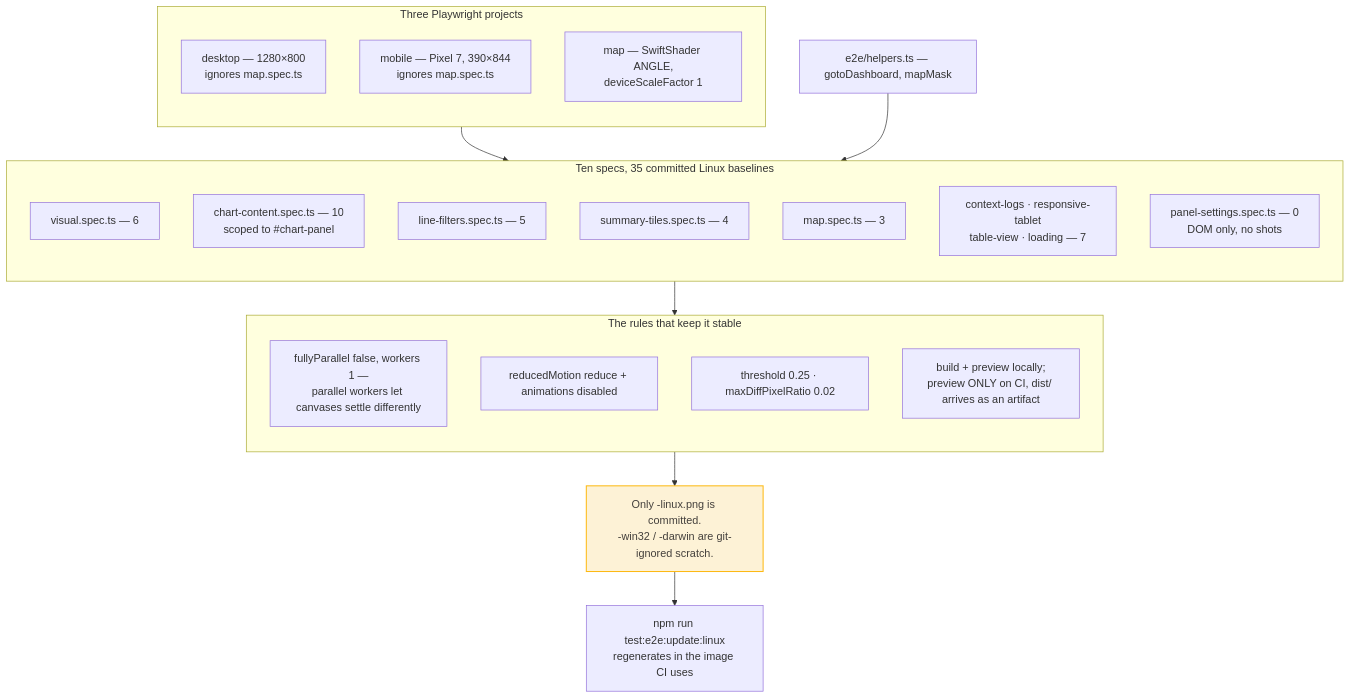
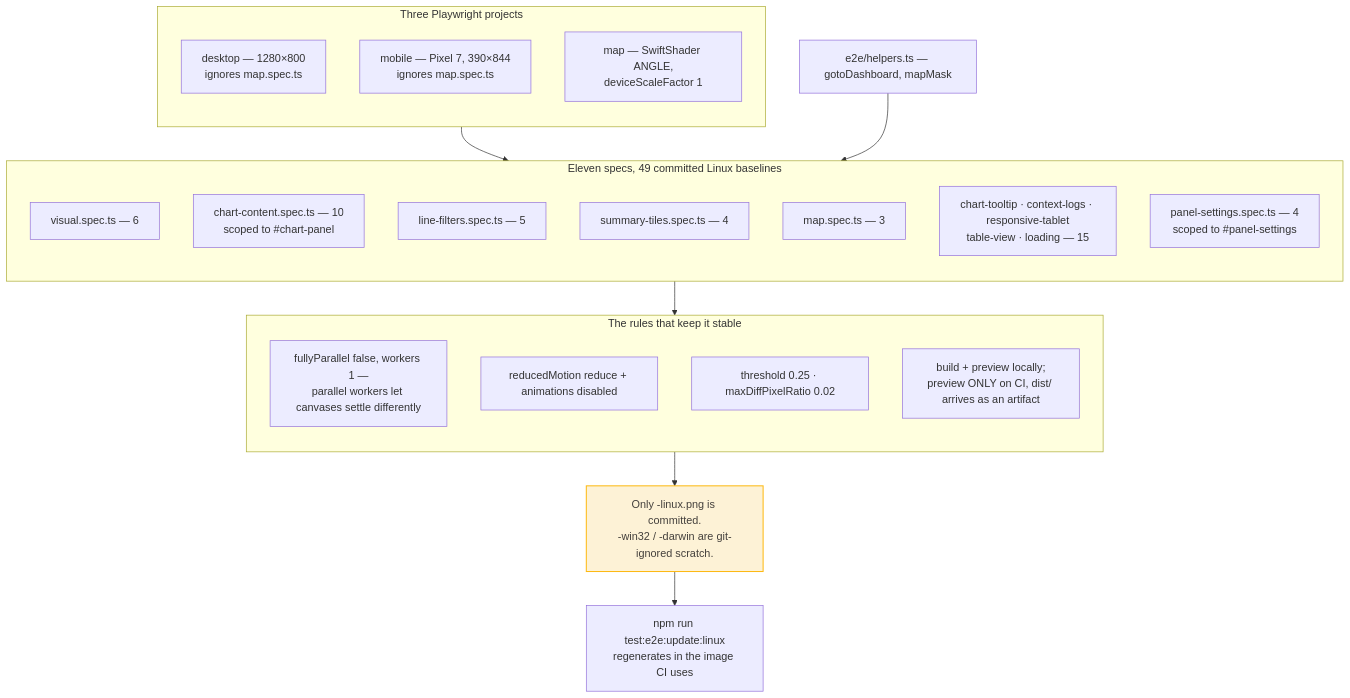
One commit to streetsforall/metro_ridership_app changed the diagram in docs/architecture/mermaid/18-test-visual-regression.mmd. Above: the diagram before and after it, drawn with Mermaid. The commit also changed 9 other files, not shown here.

First line of the commit message:
test(e2e): shoot the open Panel Settings disclosure

```diff
--- a/docs/architecture/mermaid/18-test-visual-regression.mmd
+++ b/docs/architecture/mermaid/18-test-visual-regression.mmd
@@ -1,38 +1,38 @@
 flowchart TB
   subgraph projects["Three Playwright projects"]
     direction TB
     desktop["desktop — 1280×800<br/>ignores map.spec.ts"]
     mobile["mobile — Pixel 7, 390×844<br/>ignores map.spec.ts"]
     mapProj["map — SwiftShader ANGLE,<br/>deviceScaleFactor 1"]
   end
 
-  subgraph specs["Ten specs, 35 committed Linux baselines"]
+  subgraph specs["Eleven specs, 49 committed Linux baselines"]
     direction TB
     s1["visual.spec.ts — 6"]
     s2["chart-content.spec.ts — 10<br/>scoped to #chart-panel"]
     s3["line-filters.spec.ts — 5"]
     s4["summary-tiles.spec.ts — 4"]
     s5["map.spec.ts — 3"]
-    s6["context-logs · responsive-tablet<br/>table-view · loading — 7"]
-    s7["panel-settings.spec.ts — 0<br/>DOM only, no shots"]
+    s6["chart-tooltip · context-logs · responsive-tablet<br/>table-view · loading — 15"]
+    s7["panel-settings.spec.ts — 4<br/>scoped to #panel-settings"]
   end
 
   subgraph rules["The rules that keep it stable"]
     direction TB
     serial["fullyParallel false, workers 1 —<br/>parallel workers let canvases settle differently"]
     motion["reducedMotion reduce + animations disabled"]
     tol["threshold 0.25 · maxDiffPixelRatio 0.02"]
     server["build + preview locally;<br/>preview ONLY on CI, dist/ arrives as an artifact"]
   end
 
   helpers["e2e/helpers.ts — gotoDashboard, mapMask"]
   baselines["Only -linux.png is committed.<br/>-win32 / -darwin are git-ignored scratch."]
   regen["npm run test:e2e:update:linux<br/>regenerates in the image CI uses"]
 
   projects --> specs
   helpers --> specs
   specs --> rules
   rules --> baselines --> regen
 
   classDef pending fill:#fdf2d6,stroke:#fdb913,stroke-width:1.5px,color:#44403c
   class baselines pending
```
